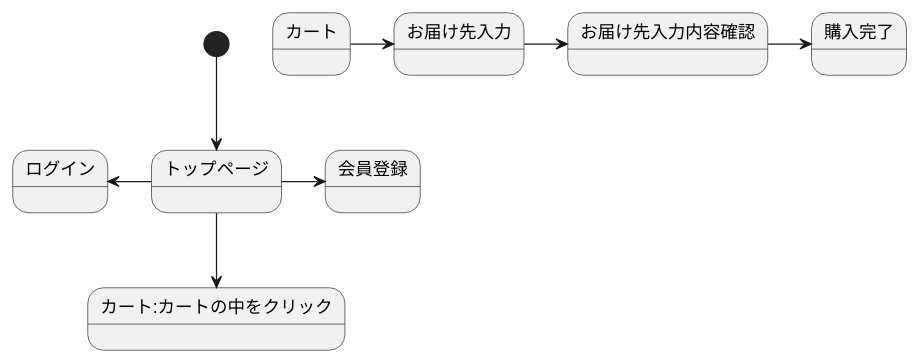
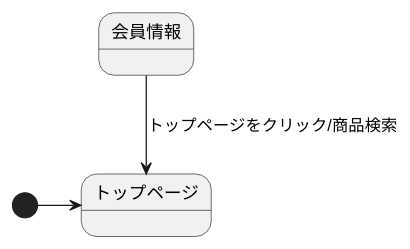
Before and after one commit to Aso2001388/2021sys-design: the diagram in stm01.md, drawn with PlantUML.

````diff
--- a/stm01.md
+++ b/stm01.md
@@ -1,12 +1,7 @@
 ```uml
 @startuml
-[*]-->トップページ
-トップページ->会員登録
-トップページ-left->ログイン
-トップページ-->カート:カートの中をクリック
-カート->お届け先入力
-お届け先入力->お届け先入力内容確認
-お届け先入力内容確認->購入完了
+[*]->トップページ
+会員情報-->トップページ:トップページをクリック/商品検索
 
 @enduml
 ```
````
